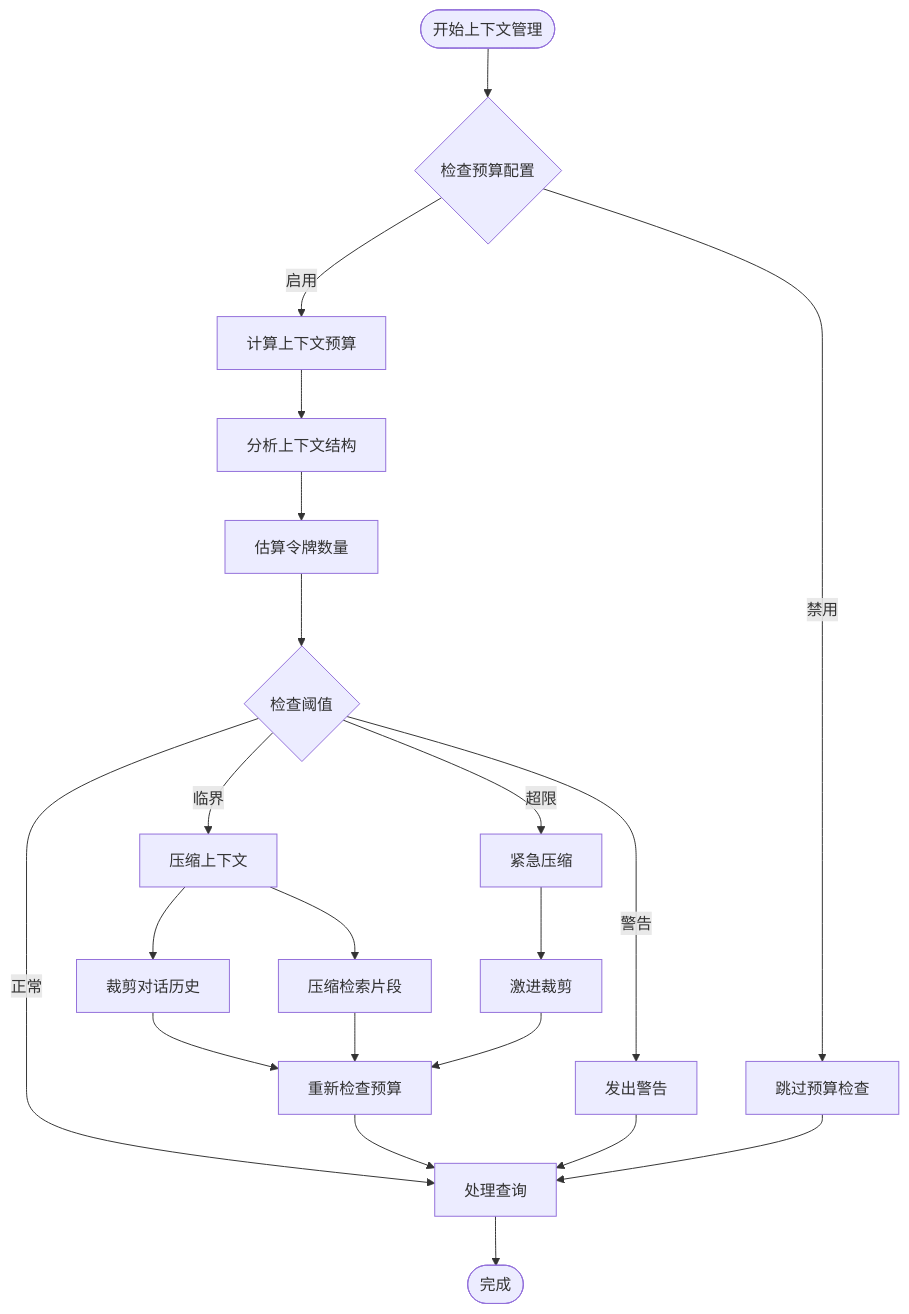
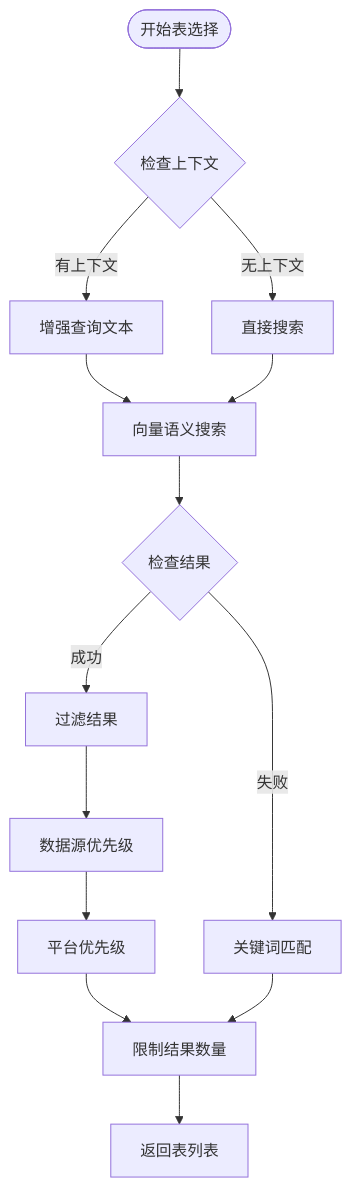
Before and after one commit to HanHuiOnLine/724-office: the sixth of 24 diagrams in .qoder/repowiki/zh/content/核心模块详解/NL2SQL自然语言到SQL系统/NL2SQL自然语言到SQL系统.md, drawn with Mermaid. The commit also changed other lines of this file and 15 other files, not shown here.

````diff
--- a/.qoder/repowiki/zh/content/核心模块详解/NL2SQL自然语言到SQL系统/NL2SQL自然语言到SQL系统.md
+++ b/.qoder/repowiki/zh/content/核心模块详解/NL2SQL自然语言到SQL系统/NL2SQL自然语言到SQL系统.md
@@ -381,23 +458,16 @@
 ```mermaid
 flowchart TD
-Start([开始上下文管理]) --> CheckBudget{检查预算配置}
-CheckBudget --> |启用| CalcBudget[计算上下文预算]
-CheckBudget --> |禁用| SkipBudget[跳过预算检查]
-CalcBudget --> AnalyzeContext[分析上下文结构]
-AnalyzeContext --> EstimateTokens[估算令牌数量]
-EstimateTokens --> CheckThreshold{检查阈值}
-CheckThreshold --> |正常| ProcessQuery[处理查询]
-CheckThreshold --> |警告| WarnUser[发出警告]
-CheckThreshold --> |临界| CompressContext[压缩上下文]
-CheckThreshold --> |超限| EmergencyCompress[紧急压缩]
-CompressContext --> CompressHistory[裁剪对话历史]
-CompressContext --> CompressChunks[压缩检索片段]
-EmergencyCompress --> AggressiveTrim[激进裁剪]
-CompressHistory --> RecheckBudget[重新检查预算]
-CompressChunks --> RecheckBudget
-AggressiveTrim --> RecheckBudget
-RecheckBudget --> ProcessQuery
-WarnUser --> ProcessQuery
-SkipBudget --> ProcessQuery
-ProcessQuery --> End([完成])
+Start([开始表选择]) --> CheckContext{检查上下文}
+CheckContext --> |有上下文| EnhanceQuery[增强查询文本]
+CheckContext --> |无上下文| DirectSearch[直接搜索]
+EnhanceQuery --> VectorSearch[向量语义搜索]
+DirectSearch --> VectorSearch
+VectorSearch --> CheckResults{检查结果}
+CheckResults --> |成功| FilterResults[过滤结果]
+CheckResults --> |失败| KeywordMatch[关键词匹配]
+FilterResults --> DataSourcePriority[数据源优先级]
+DataSourcePriority --> PlatformPriority[平台优先级]
+PlatformPriority --> LimitResults[限制结果数量]
+LimitResults --> ReturnTables[返回表列表]
+KeywordMatch --> LimitResults
 ```
````
